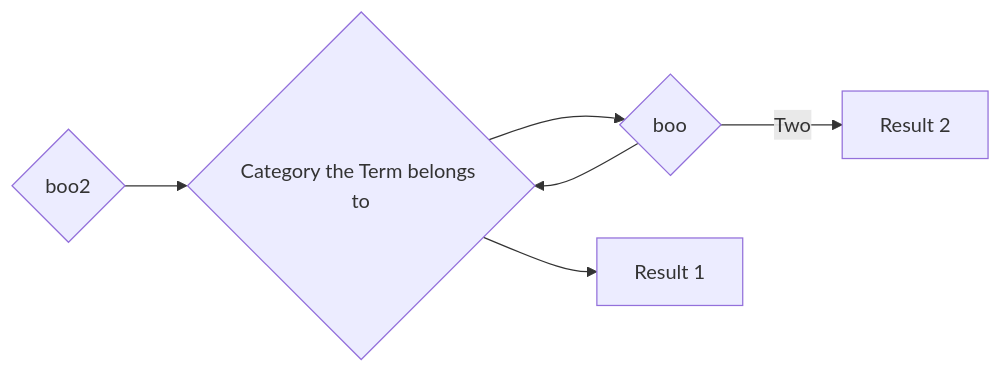
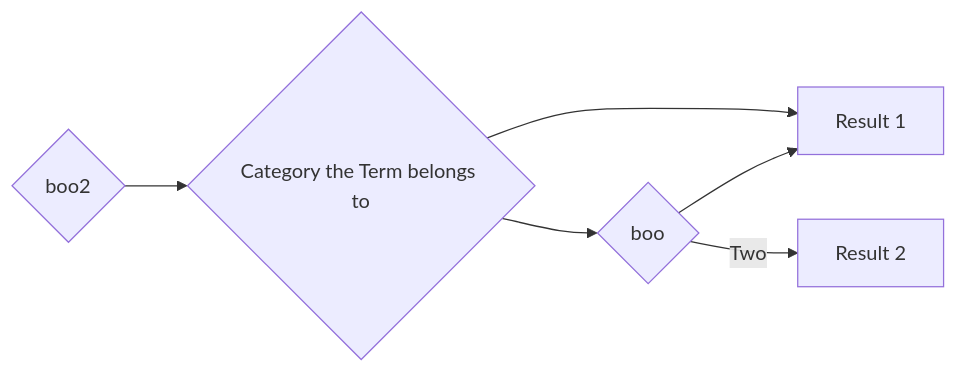
Before and after one commit to gerbssusd/dok: the diagram in slides.md, drawn with Mermaid.

````diff
--- a/slides.md
+++ b/slides.md
@@ -217,12 +217,12 @@
 ```mermaid {theme: 'neutral', scale: 0.8}
 graph LR
 A[Other Items in this category] --> B{Category the Term belongs to} 
-B--> C{boo}--> 
+B--> C{boo}-->D 
 B --> D[Result 1]
 C -->|Two| E[Result 2]
 A{boo2}
 
 
 
 
 ```
````
